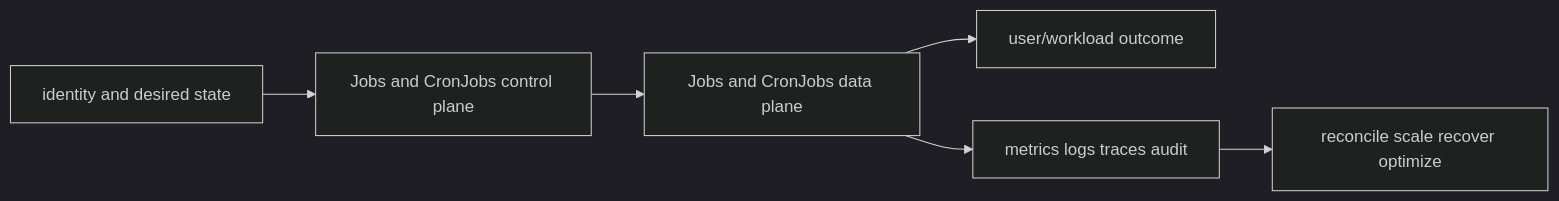
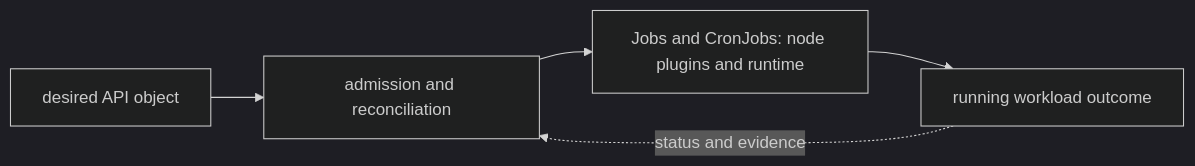
The diagram in 06-kubernetes/02-workloads/04-jobs-cronjobs/README.md (tomkidumbuyo/DevOps-interview-preparation), drawn with Mermaid (dark theme) before and after one commit. The commit also changed other lines of this file and 753 other files, not shown here.

````diff
--- a/06-kubernetes/02-workloads/04-jobs-cronjobs/README.md
+++ b/06-kubernetes/02-workloads/04-jobs-cronjobs/README.md
@@ -19,8 +31,7 @@
 ```mermaid
 flowchart LR
-  I[identity and desired state] --> C[Jobs and CronJobs control plane]
-  C --> D[Jobs and CronJobs data plane]
-  D --> U[user/workload outcome]
-  D --> O[metrics logs traces audit]
-  O --> R[reconcile scale recover optimize]
+  A["desired API object"] --> B["admission and reconciliation"]
+  B --> C["Jobs and CronJobs: node plugins and runtime"]
+  C --> D["running workload outcome"]
+  D -. "status and evidence" .-> B
 ```
````
